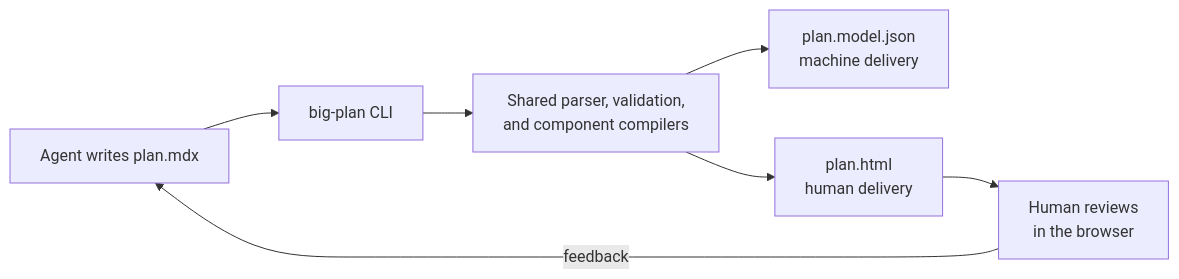
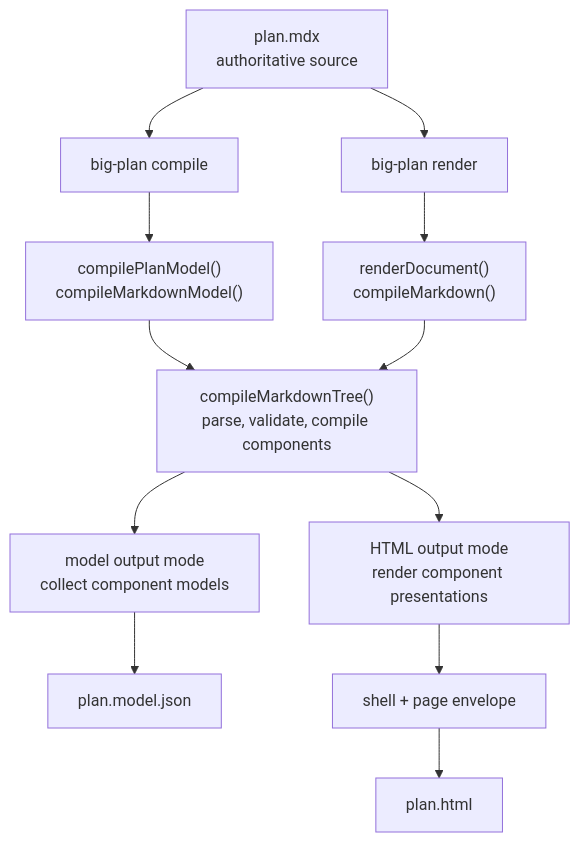
The first of 2 diagrams in docs/src/content/docs/architecture.md (josh-padnick/big-plan), drawn with Mermaid before and after one commit. The commit also changed other lines of this file, not shown here.

Commit message:
docs: clarify the shared compilation path

````diff
--- a/docs/src/content/docs/architecture.md
+++ b/docs/src/content/docs/architecture.md
@@ -9,9 +13,15 @@
 ```mermaid
-flowchart LR
-  A["Agent writes plan.mdx"] --> B["big-plan CLI"]
-  B --> C["Shared parser, validation,<br/>and component compilers"]
-  C --> D["plan.model.json<br/>machine delivery"]
-  C --> E["plan.html<br/>human delivery"]
-  E --> F["Human reviews<br/>in the browser"]
-  F -- "feedback" --> A
+flowchart TB
+  A["plan.mdx<br/>authoritative source"]
+  A --> B["big-plan compile"]
+  A --> C["big-plan render"]
+  B --> D["compilePlanModel()<br/>compileMarkdownModel()"]
+  C --> E["renderDocument()<br/>compileMarkdown()"]
+  D --> F["compileMarkdownTree()<br/>parse, validate, compile components"]
+  E --> F
+  F --> G["model output mode<br/>collect component models"]
+  F --> H["HTML output mode<br/>render component presentations"]
+  G --> I["plan.model.json"]
+  H --> J["shell + page envelope"]
+  J --> K["plan.html"]
 ```
````
